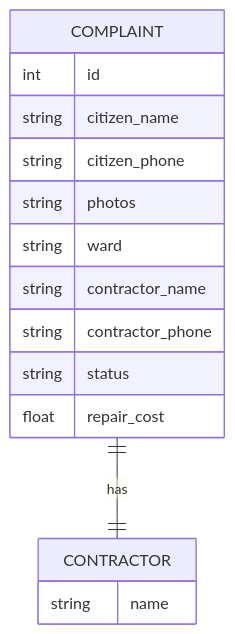
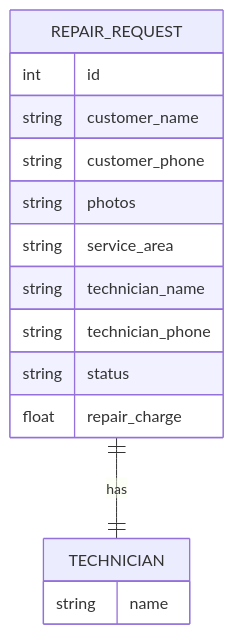
Before and after one commit to rizwi0786/system-design-lab: the fourth of 7 diagrams in content/lessons/m05/m05-er-diagrams.md, drawn with Mermaid. The commit also changed other lines of this file and 334 other files, not shown here.

````diff
--- a/content/lessons/m05/m05-er-diagrams.md
+++ b/content/lessons/m05/m05-er-diagrams.md
@@ -733,18 +733,18 @@
 ```mermaid
 erDiagram
-    COMPLAINT {
+    REPAIR_REQUEST {
         int id
-        string citizen_name
-        string citizen_phone
+        string customer_name
+        string customer_phone
         string photos
-        string ward
-        string contractor_name
-        string contractor_phone
+        string service_area
+        string technician_name
+        string technician_phone
         string status
-        float repair_cost
+        float repair_charge
     }
-    COMPLAINT ||--|| CONTRACTOR : has
-    CONTRACTOR {
+    REPAIR_REQUEST ||--|| TECHNICIAN : has
+    TECHNICIAN {
         string name
     }
 ```
````
